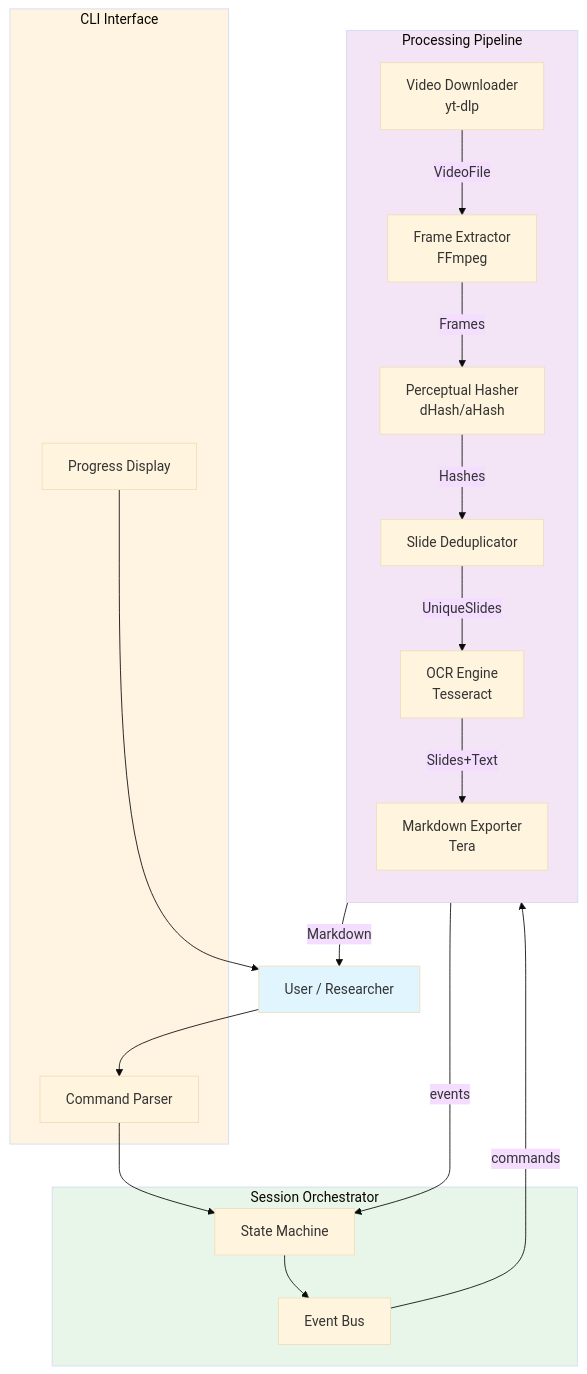
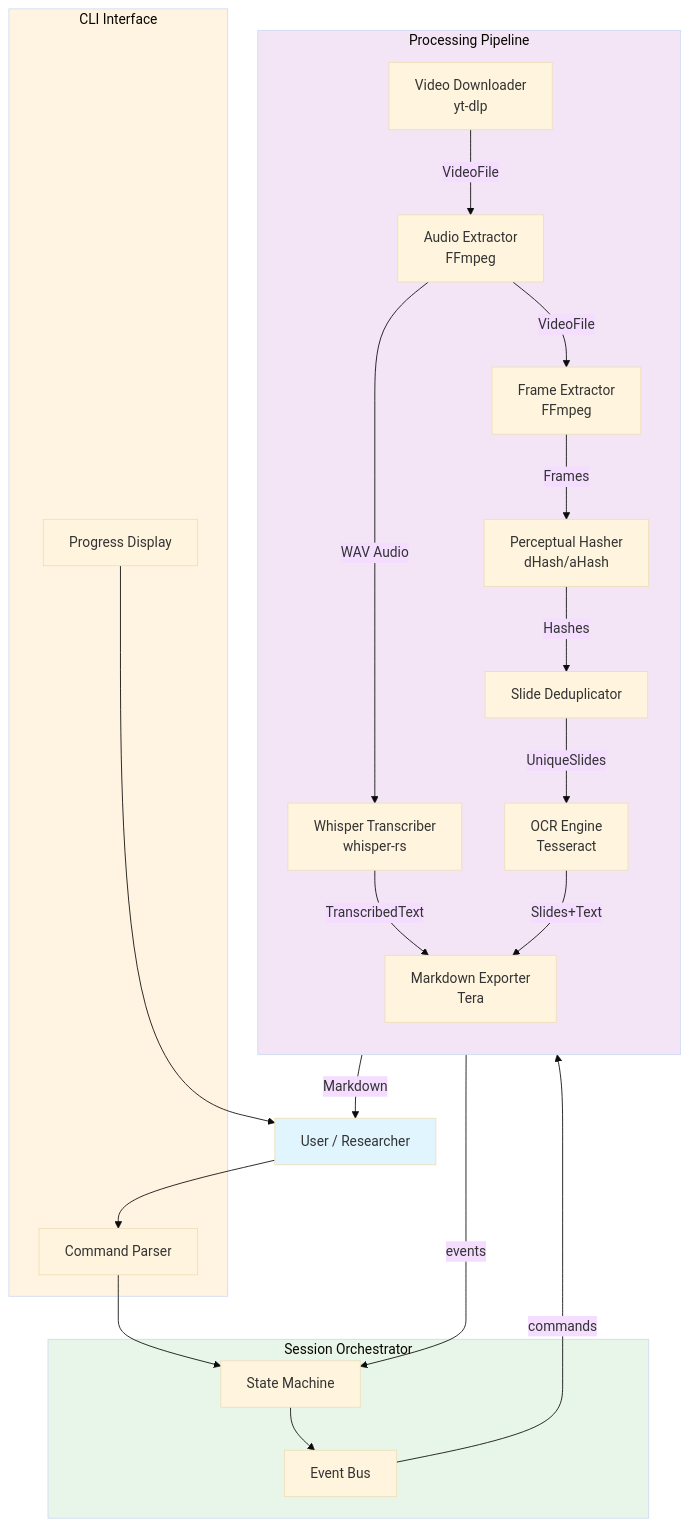
The sixth of 6 diagrams in docs/EVENTSTORMING.md (ragavsathish/yt-sl), drawn with Mermaid (base theme) before and after one commit. The commit also changed other lines of this file, not shown here.

````diff
--- a/docs/EVENTSTORMING.md
+++ b/docs/EVENTSTORMING.md
@@ -770,43 +801,48 @@
 ```mermaid
 graph TB
     User[User / Researcher]
 
     subgraph CLI["CLI Interface"]
         Cmd[Command Parser]
         Progress[Progress Display]
     end
 
     subgraph Orchestrator["Session Orchestrator"]
         State[State Machine]
         Events[Event Bus]
     end
 
     subgraph Pipeline["Processing Pipeline"]
         direction TB
         Download[Video Downloader<br/>yt-dlp]
+        AudioExtract[Audio Extractor<br/>FFmpeg]
+        Transcribe[Whisper Transcriber<br/>whisper-rs]
         Extract[Frame Extractor<br/>FFmpeg]
         Hash[Perceptual Hasher<br/>dHash/aHash]
         Dedup[Slide Deduplicator]
         OCR[OCR Engine<br/>Tesseract]
         Export[Markdown Exporter<br/>Tera]
     end
 
     User --> Cmd
     Cmd --> State
     State --> Events
     Events -->|commands| Pipeline
     Pipeline -->|events| State
     Progress --> User
 
-    Download -->|VideoFile| Extract
+    Download -->|VideoFile| AudioExtract
+    AudioExtract -->|WAV Audio| Transcribe
+    Transcribe -->|TranscribedText| Export
+    AudioExtract -->|VideoFile| Extract
     Extract -->|Frames| Hash
     Hash -->|Hashes| Dedup
     Dedup -->|UniqueSlides| OCR
     OCR -->|Slides+Text| Export
     Export -->|Markdown| User
 
     style User fill:#e1f5ff
     style CLI fill:#fff4e1
     style Orchestrator fill:#e8f5e9
     style Pipeline fill:#f3e5f5
 ```
````
